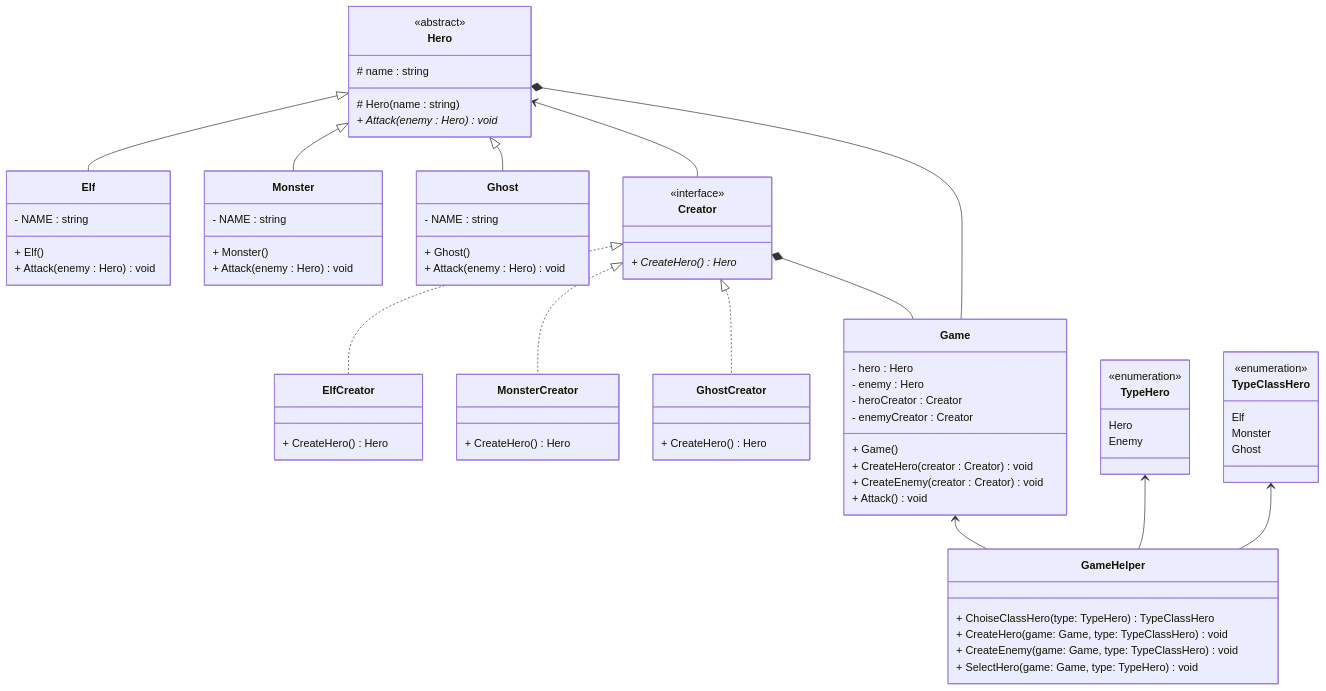
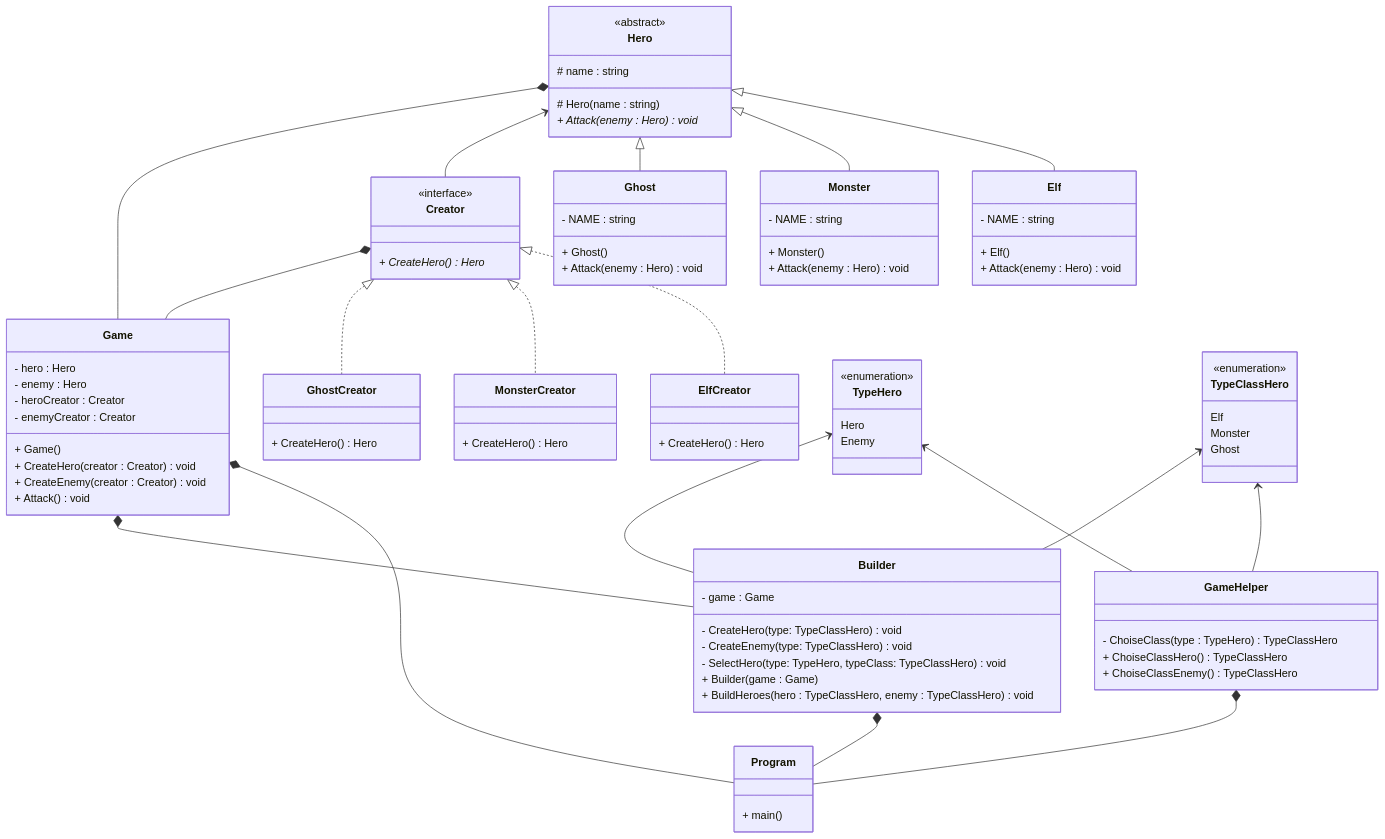
The diagram in README.md (it-top-shambala/FactoryMethod), drawn with Mermaid before and after one commit. The commit also changed other lines of this file and 5 other files, not shown here.

````diff
--- a/README.md
+++ b/README.md
@@ -7,6 +5,13 @@
 ```mermaid
 classDiagram
 
+Game *-- Program
+Builder *-- Program
+GameHelper *-- Program
+class Program {
+    + main()
+}
+        
 class Hero {
     <<abstract>>
     # name : string
@@ -84,12 +89,21 @@
 
 TypeHero <-- GameHelper
 TypeClassHero <-- GameHelper
-Game <-- GameHelper
 class GameHelper {
-    + ChoiseClassHero(type: TypeHero) TypeClassHero
-    + CreateHero(game: Game, type: TypeClassHero) void
-    + CreateEnemy(game: Game, type: TypeClassHero) void
-    + SelectHero(game: Game, type: TypeHero) void
+    - ChoiseClass(type : TypeHero) TypeClassHero
+    + ChoiseClassHero() TypeClassHero
+    + ChoiseClassEnemy() TypeClassHero
 }
 
+TypeHero <-- Builder
+TypeClassHero <-- Builder
+Game *-- Builder
+class Builder {
+    - game : Game
+    - CreateHero(type: TypeClassHero) void
+    - CreateEnemy(type: TypeClassHero) void
+    - SelectHero(type: TypeHero, typeClass: TypeClassHero) void
+    + Builder(game : Game)
+    + BuildHeroes(hero : TypeClassHero, enemy : TypeClassHero) void
+}
 ```
````
